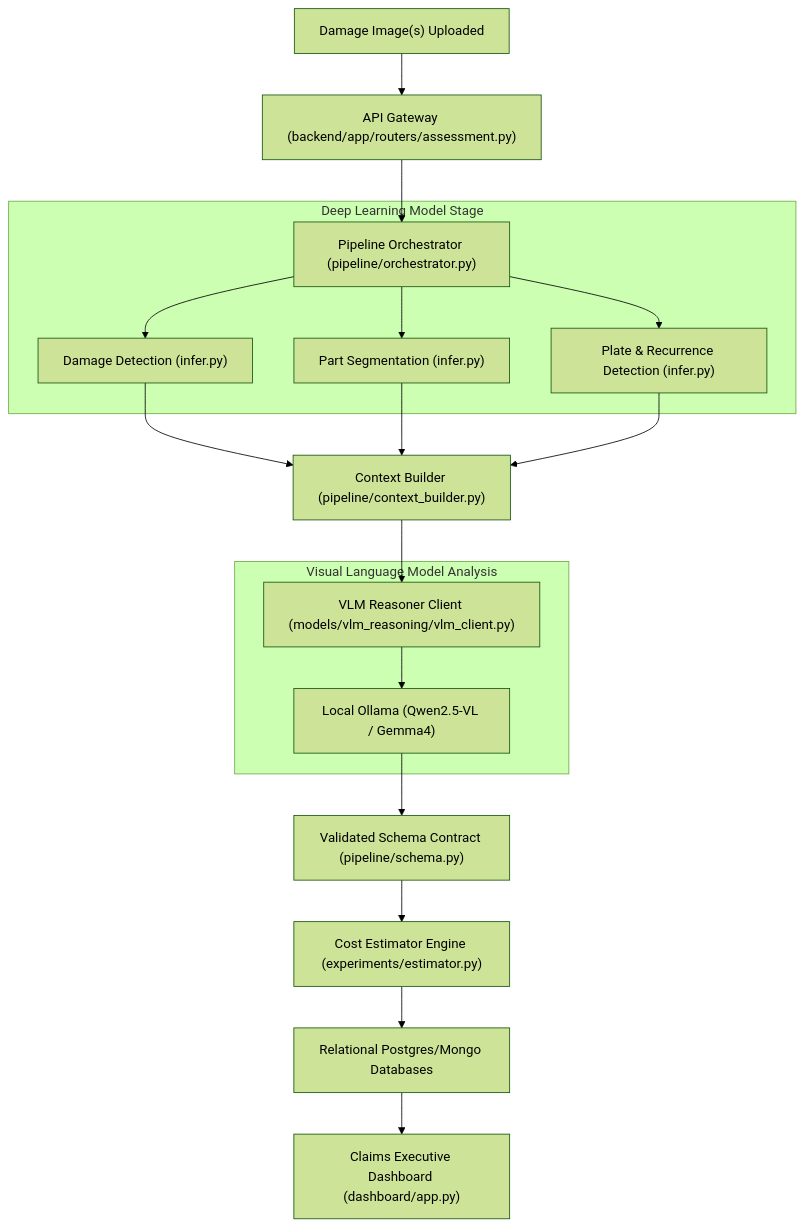
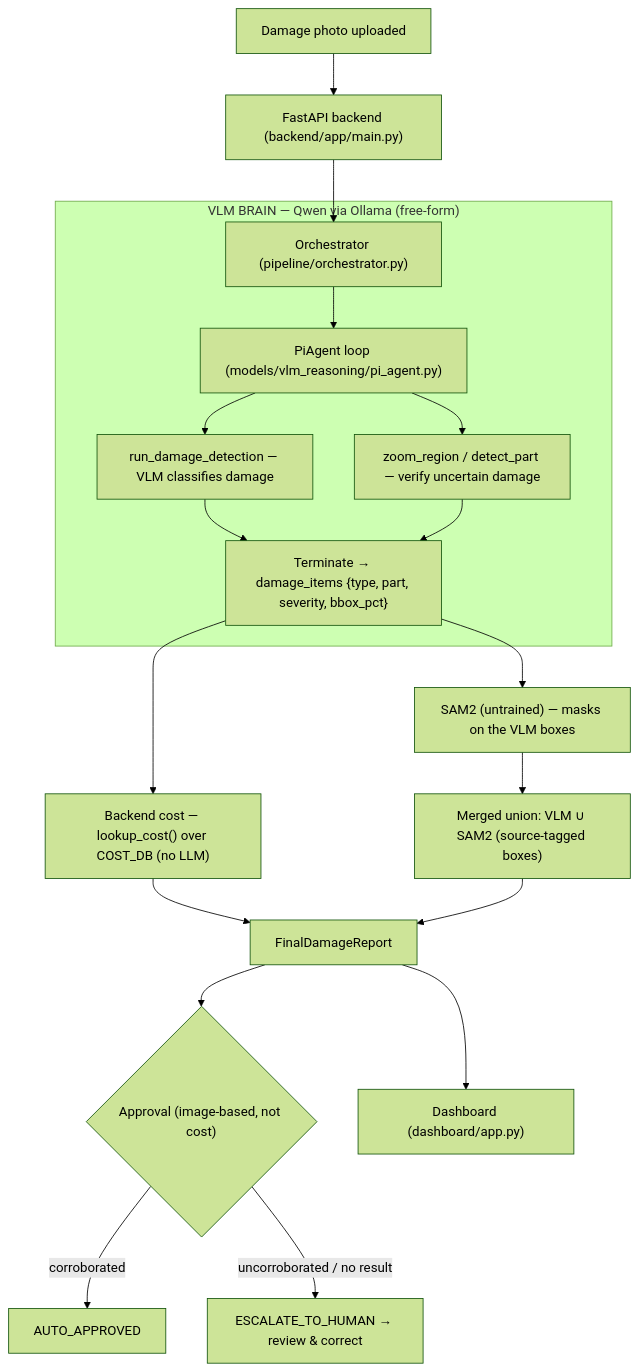
Before and after one commit to tjhalanigrid/gepa: the diagram in README.md, drawn with Mermaid (forest theme). The commit also changed other lines of this file and 17 other files, not shown here.

First line of the commit message:
Qwen-only brain + untrained CV models (YOLO/SAM2) via LFS

````diff
--- a/README.md
+++ b/README.md
@@ -9,26 +38,24 @@
 ```mermaid
 graph TD
-    A["Damage Image(s) Uploaded"] --> B["API Gateway (backend/app/routers/assessment.py)"]
-    B --> C["Pipeline Orchestrator (pipeline/orchestrator.py)"]
-    
-    subgraph "Deep Learning Model Stage"
-        C --> D["Damage Detection (infer.py)"]
-        C --> E["Part Segmentation (infer.py)"]
-        C --> F["Plate & Recurrence Detection (infer.py)"]
+    A["Damage photo uploaded"] --> B["FastAPI backend (backend/app/main.py)"]
+    B --> C["Orchestrator (pipeline/orchestrator.py)"]
+
+    subgraph brain["VLM BRAIN — Qwen via Ollama (free-form)"]
+        C --> D["PiAgent loop (models/vlm_reasoning/pi_agent.py)"]
+        D --> D1["run_damage_detection — VLM classifies damage"]
+        D --> D2["zoom_region / detect_part — verify uncertain damage"]
+        D1 --> D3["Terminate → damage_items {type, part, severity, bbox_pct}"]
+        D2 --> D3
     end
-    
-    D --> G["Context Builder (pipeline/context_builder.py)"]
-    E --> G
-    F --> G
-    
-    G --> H["VLM Reasoner Client (models/vlm_reasoning/vlm_client.py)"]
-    
-    subgraph "Visual Language Model Analysis"
-        H --> I["Local Ollama (Qwen2.5-VL / Gemma4)"]
-    end
-    
-    I --> J["Validated Schema Contract (pipeline/schema.py)"]
-    J --> K["Cost Estimator Engine (experiments/estimator.py)"]
-    K --> L["Relational Postgres/Mongo Databases"]
-    L --> M["Claims Executive Dashboard (dashboard/app.py)"]
+
+    D3 --> E["Backend cost — lookup_cost() over COST_DB (no LLM)"]
+    D3 --> F["SAM2 (untrained) — masks on the VLM boxes"]
+    F --> G["Merged union: VLM ∪ SAM2 (source-tagged boxes)"]
+
+    E --> H["FinalDamageReport"]
+    G --> H
+    H --> I{"Approval (image-based, not cost)"}
+    I -->|corroborated| J["AUTO_APPROVED"]
+    I -->|uncorroborated / no result| K["ESCALATE_TO_HUMAN → review & correct"]
+    H --> L["Dashboard (dashboard/app.py)"]
 ```
````
